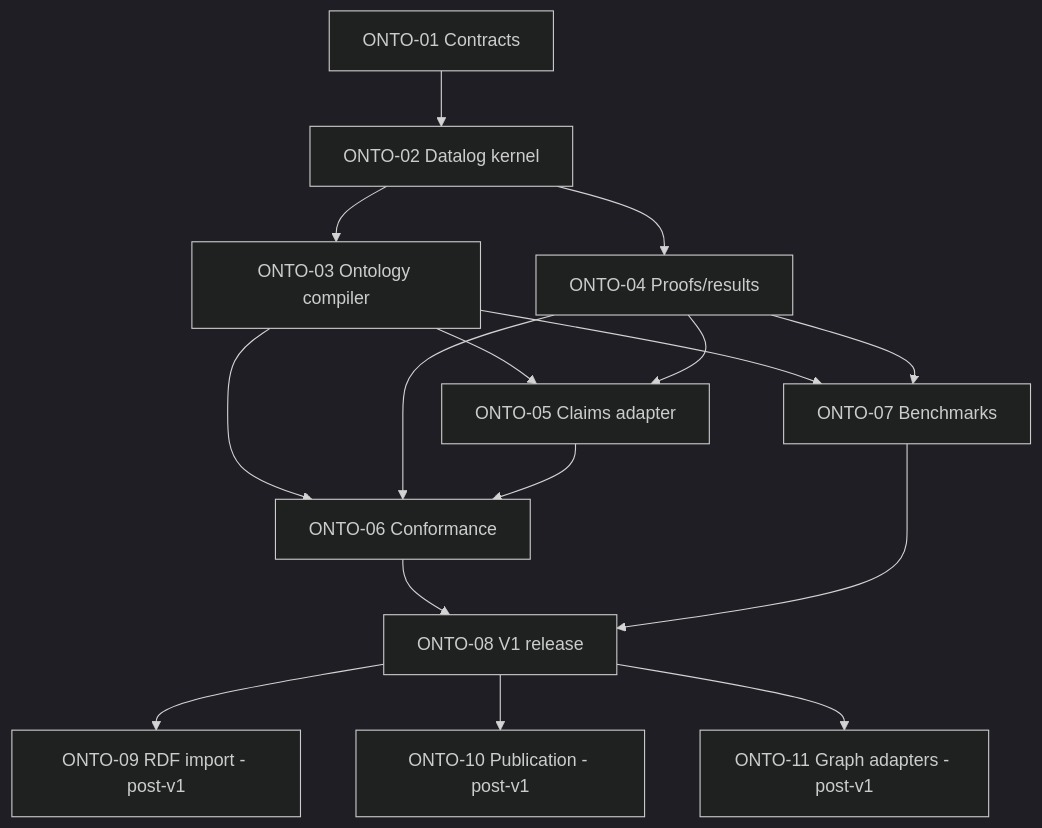
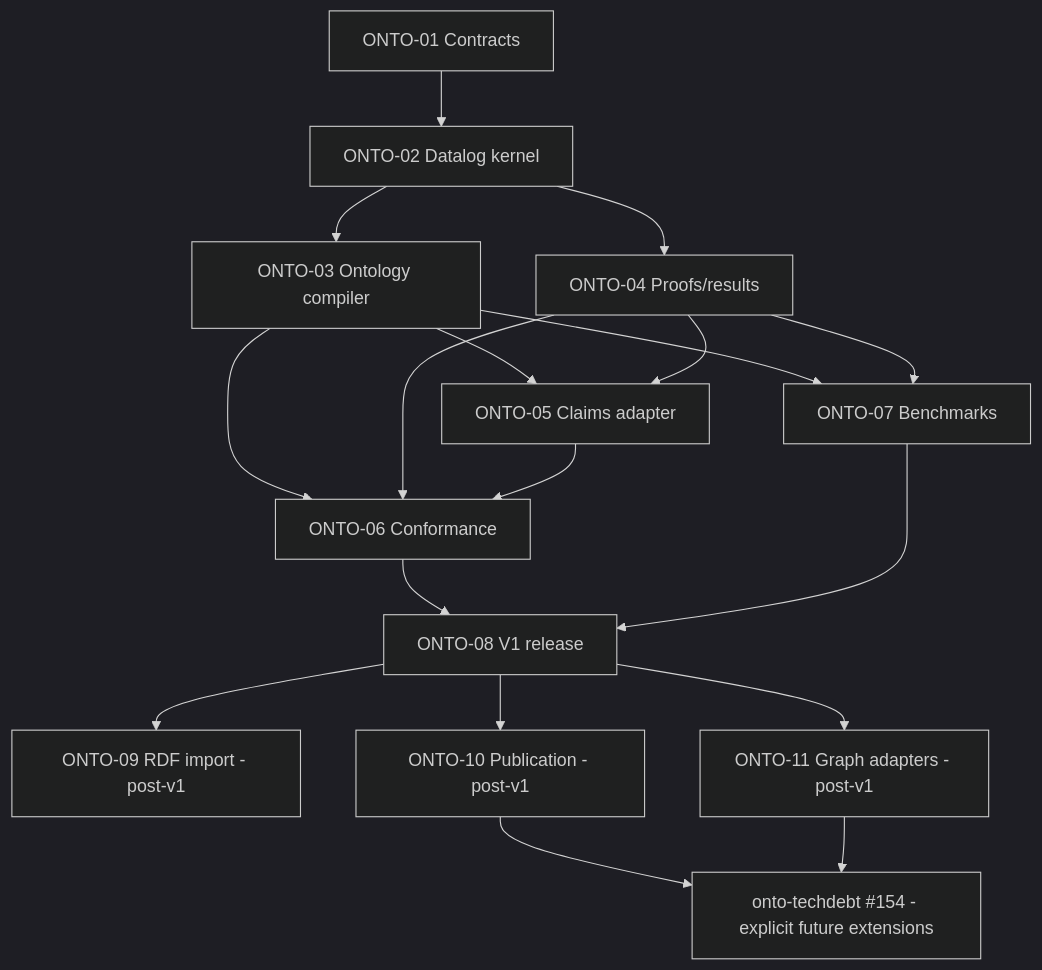
One commit to mylonasc/gestaltdb changed the diagram in ONTO-EPIC.md. Above: the diagram before and after it, drawn with Mermaid (dark theme). The commit also changed other lines of this file and 1 other file, not shown here.

Commit message:
docs(ontology): complete epic acceptance audit and explicit technical-debt links

````diff
--- a/ONTO-EPIC.md
+++ b/ONTO-EPIC.md
@@ -199,18 +210,20 @@
 ```mermaid
 flowchart TD
     O01["ONTO-01 Contracts"] --> O02["ONTO-02 Datalog kernel"]
     O02 --> O03["ONTO-03 Ontology compiler"]
     O02 --> O04["ONTO-04 Proofs/results"]
     O03 --> O05["ONTO-05 Claims adapter"]
     O04 --> O05
     O03 --> O06["ONTO-06 Conformance"]
     O04 --> O06
     O05 --> O06
     O03 --> O07["ONTO-07 Benchmarks"]
     O04 --> O07
     O06 --> O08["ONTO-08 V1 release"]
     O07 --> O08
     O08 --> O09["ONTO-09 RDF import - post-v1"]
     O08 --> O10["ONTO-10 Publication - post-v1"]
     O08 --> O11["ONTO-11 Graph adapters - post-v1"]
+    O10 --> TD["onto-techdebt #154 - explicit future extensions"]
+    O11 --> TD
 ```
````
